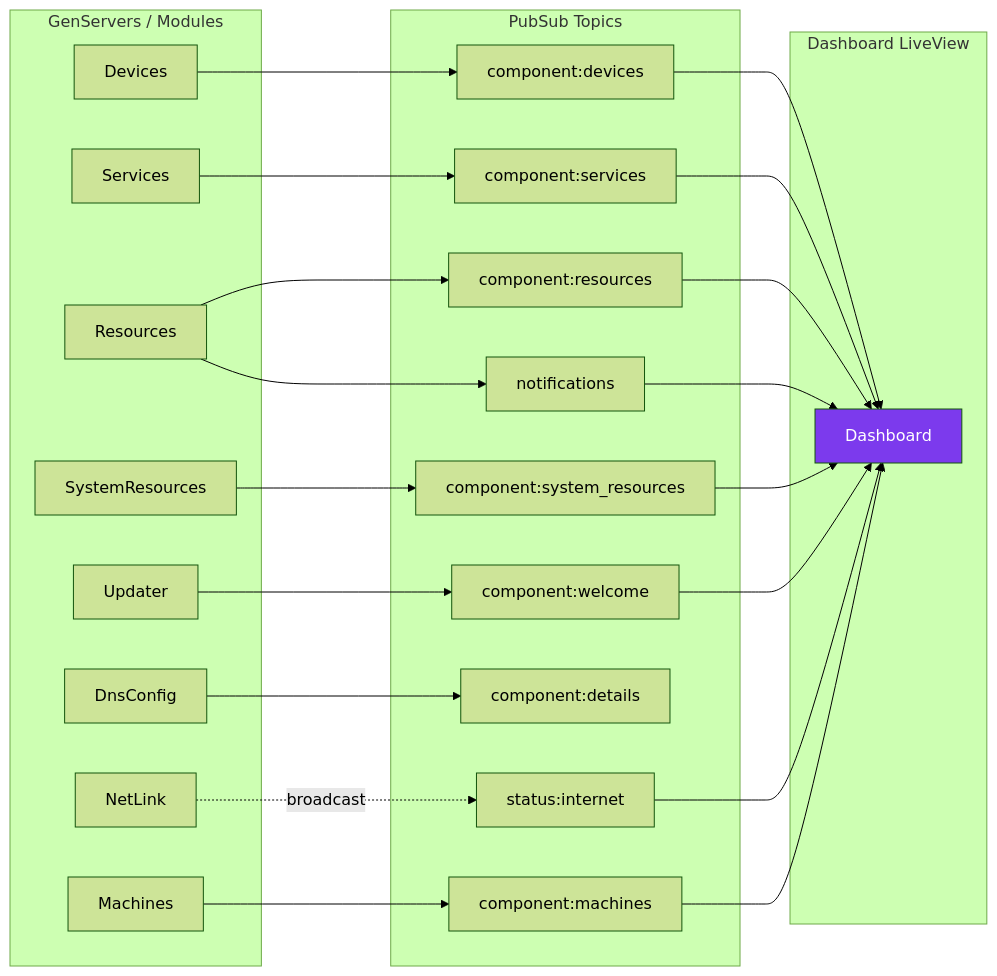
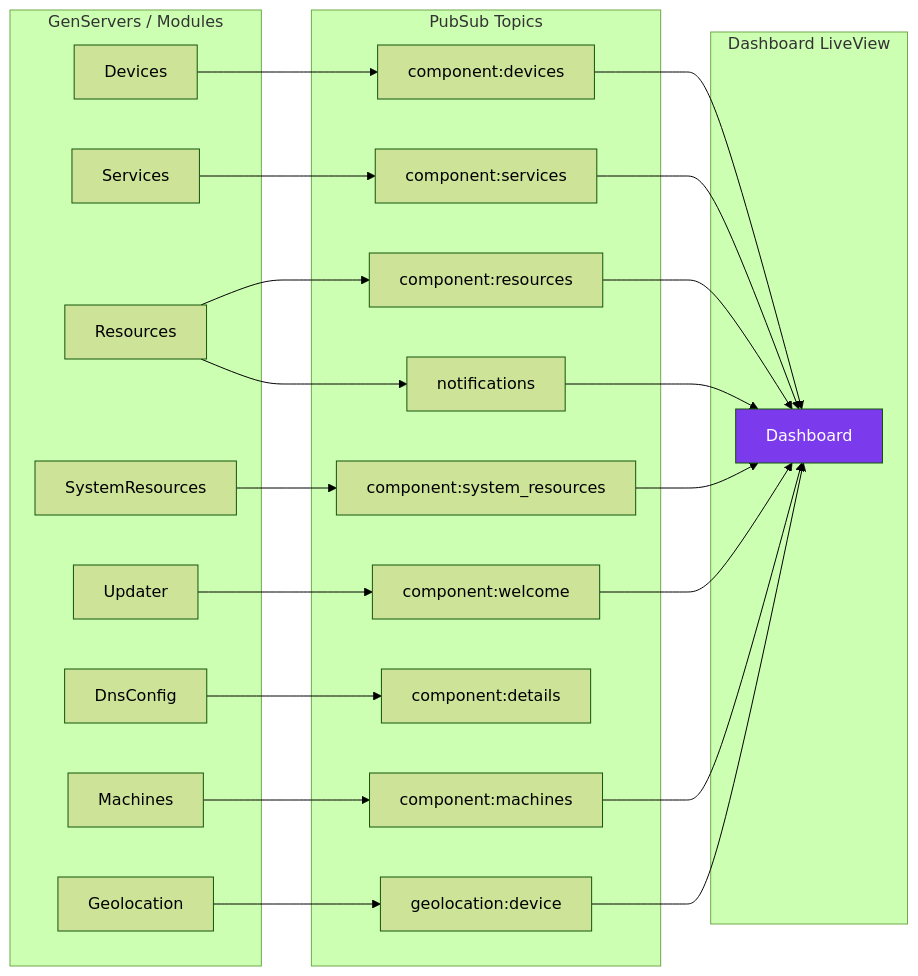
Before and after one commit to toreanjoel/tunneld: the second of 2 diagrams in docs/supervision-tree.md, drawn with Mermaid (forest theme). The commit also changed other lines of this file and 48 other files, not shown here.

````diff
--- a/docs/supervision-tree.md
+++ b/docs/supervision-tree.md
@@ -74,41 +81,41 @@
 ```mermaid
 graph LR
     subgraph GenServers / Modules
         DEV[Devices]
         SVC[Services]
         RES[Resources]
         SR[SystemResources]
         UPD[Updater]
         DNS_CFG[DnsConfig]
-        NETLINK[NetLink]
         MACH[Machines]
+        GEO[Geolocation]
     end
 
     subgraph PubSub Topics
         CD[component:devices]
         CS[component:services]
         CR[component:resources]
         CSR[component:system_resources]
         CDT[component:details]
         CW[component:welcome]
-        SI[status:internet]
         NT[notifications]
         CM[component:machines]
+        GD[geolocation:device]
     end
 
     subgraph Dashboard LiveView
         DLV[Dashboard]
     end
 
     DEV --> CD --> DLV
     SVC --> CS --> DLV
     RES --> CR --> DLV
     SR --> CSR --> DLV
     UPD --> CW --> DLV
     DNS_CFG --> CDT
-    NETLINK -.broadcast.-> SI --> DLV
     RES --> NT --> DLV
     MACH --> CM --> DLV
+    GEO --> GD --> DLV
 
     style DLV fill:#7c3aed,color:#fff
 ```
````
